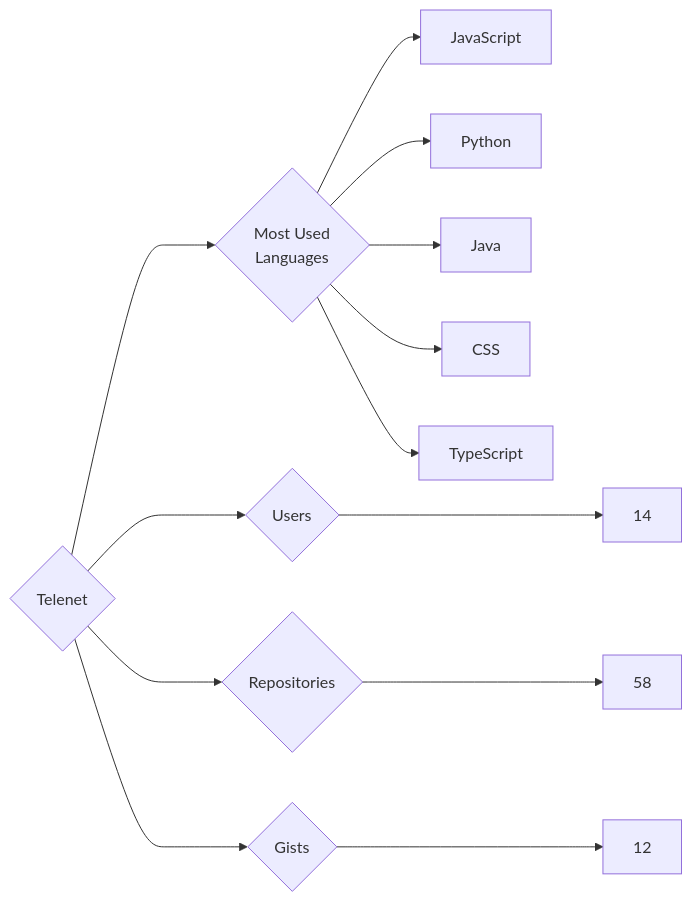
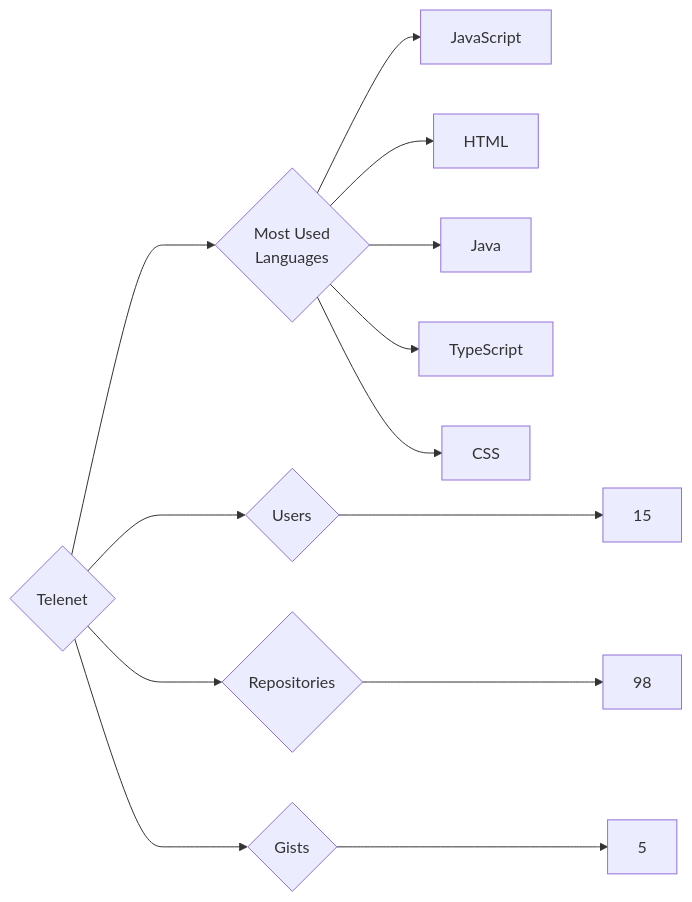
One commit to trickest/insiders changed the diagram in targets/Telenet/README.md. Above: the diagram before and after it, drawn with Mermaid. The commit also changed 953 other files, not shown here.

````diff
--- a/targets/Telenet/README.md
+++ b/targets/Telenet/README.md
@@ -3,13 +3,13 @@
 ```mermaid
 graph LR
 COMPANY_NAME{Telenet}
-COMPANY_NAME ---> U{Users} ---> UN[14]
-COMPANY_NAME ---> R{Repositories} ---> RN[58]
-COMPANY_NAME ---> G{Gists} ---> GN[12]
+COMPANY_NAME ---> U{Users} ---> UN[15]
+COMPANY_NAME ---> R{Repositories} ---> RN[98]
+COMPANY_NAME ---> G{Gists} ---> GN[5]
 COMPANY_NAME ---> ML{Most Used<br>Languages}
 ML --> JavaScript[JavaScript]
-ML --> Python[Python]
+ML --> HTML[HTML]
 ML --> Java[Java]
+ML --> TypeScript[TypeScript]
 ML --> CSS[CSS]
-ML --> TypeScript[TypeScript]
 ```
````
